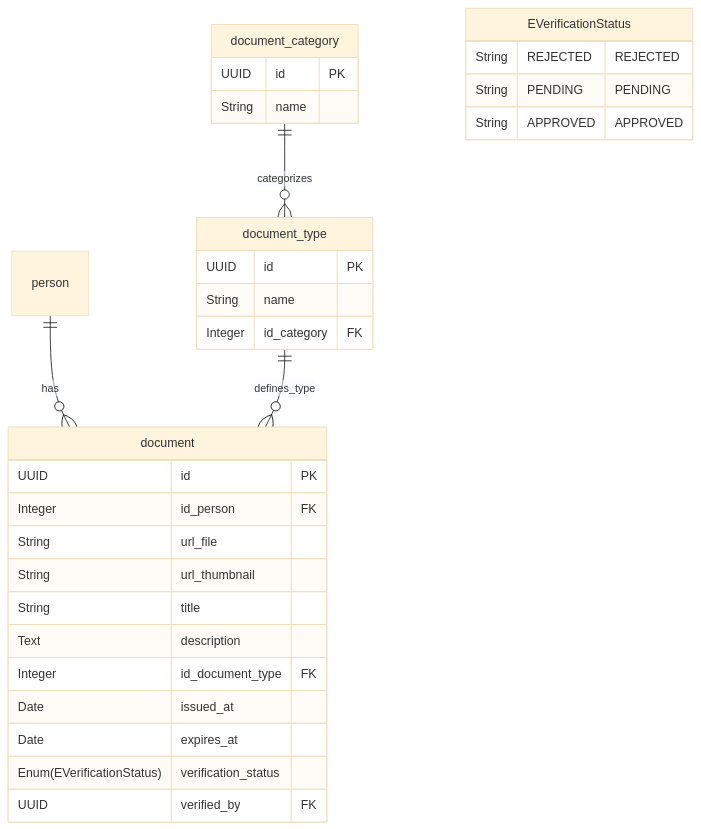
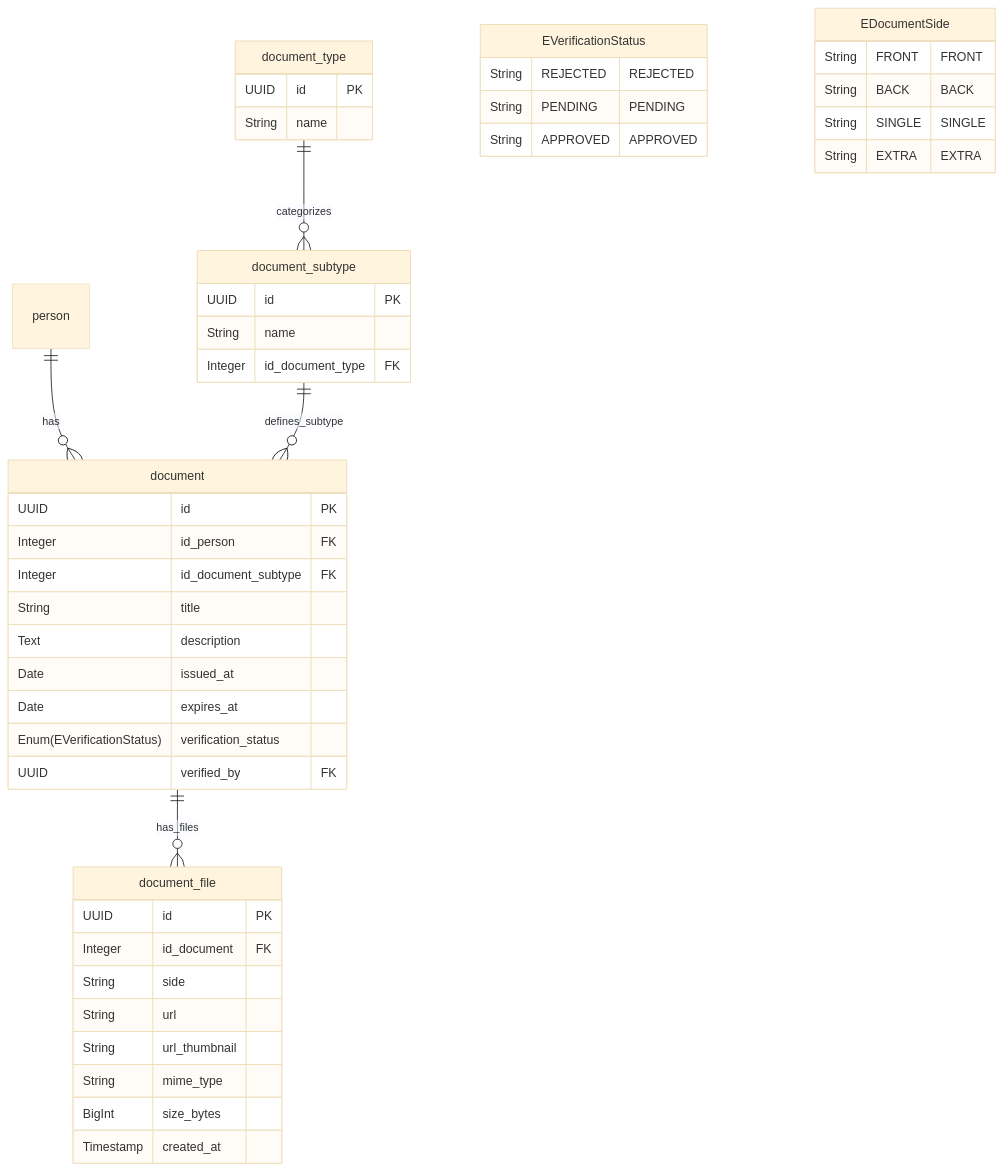
Before and after one commit to m4ck-y/dh_docs: the diagram in db/postgres/expedient/erd.mmd, drawn with Mermaid (base theme). The commit also changed 18 other files, not shown here.

```diff
--- a/db/postgres/expedient/erd.mmd
+++ b/db/postgres/expedient/erd.mmd
@@ -1,52 +1,96 @@
 erDiagram
     %% EXPEDIENT SCHEMA
     %% Catalogo de documentos e identificadores
 
     %% REFERENCIAS EXTERNAS
     %% person: definida en schema people
 
+    %% CONVENCION: SUBTIPO GENERICO
+    %% Todo document siempre apunta a un document_subtype, nunca al type directamente.
+    %% Para tipos sin variantes significativas (CURP, CSF) se crea un subtype con el mismo nombre que el type.
+    %% Ejemplo: type "Comprobante de Domicilio" tiene un unico subtype "Comprobante de Domicilio".
+    %% Esto mantiene el modelo uniforme: id_document_subtype nunca es null, el JOIN siempre es igual.
+
+    %% EJEMPLOS DE REGISTROS
+    %% document_type: type-001 "Identificacion Oficial", type-002 "Medico", type-003 "Fiscal", type-004 "Comprobante de Domicilio"
+    %% document_subtype: subtype-ine INE type-001, subtype-passport Pasaporte type-001, subtype-medical-hist "Historia Medica" type-002, subtype-csf CSF type-003
+    %% document_subtype (genericos): subtype-proof-addr "Comprobante de Domicilio" type-004 (unico subtype del tipo, mismo nombre)
+    %% document: doc-001 per-100 subtype-ine "INE Juan" issued 2020-05-10 expires 2030-05-10 APPROVED usr-admin
+    %% document: doc-002 per-100 subtype-proof-addr "CFE Marzo" issued 2026-03-01 expires null PENDING null
+    %% document: doc-003 per-200 subtype-medical-hist "Historial" issued 2025-12-01 expires null APPROVED usr-admin
+    %% document_file: file-001 doc-001 FRONT cdn/ine/front.jpg thumb cdn/ine/front_t.jpg image/jpeg 245678
+    %% document_file: file-002 doc-001 BACK cdn/ine/back.jpg thumb cdn/ine/back_t.jpg image/jpeg 198432
+    %% document_file: file-003 doc-002 SINGLE cdn/cfe/mar.pdf thumb null application/pdf 512000
+    %% document_file: file-004 doc-003 EXTRA cdn/med/labs.pdf thumb null application/pdf 320000
+    %% document_file: file-005 doc-003 EXTRA cdn/med/rx.jpg thumb cdn/med/rx_t.jpg image/jpeg 150000
+
     %% RELACIONES
     person ||--o{ document : "has"
-    document_category ||--o{ document_type : "categorizes"
-    document_type ||--o{ document : "defines_type"
+    document_type ||--o{ document_subtype : "categorizes"
+    document_subtype ||--o{ document : "defines_subtype"
+    document ||--o{ document_file : "has_files"
 
     %% ENUMS
     %% EVerificationStatus: estado de verificacion (REJECTED, PENDING, APPROVED)
     EVerificationStatus {
         String REJECTED "REJECTED"
         String PENDING "PENDING"
         String APPROVED "APPROVED"
     }
 
+    %% EDocumentSide: lado o variante del archivo fisico
+    %% FRONT: frente (ej. INE cara delantera)
+    %% BACK: reverso (ej. INE cara trasera)
+    %% SINGLE: documento de una sola cara (ej. PDF comprobante domicilio)
+    %% EXTRA: anexos multiples sin cara definida (ej. estudios medicos)
+    EDocumentSide {
+        String FRONT "FRONT"
+        String BACK "BACK"
+        String SINGLE "SINGLE"
+        String EXTRA "EXTRA"
+    }
+
     %% ENTIDADES
-    %% document: documentos de identificacion y archivos
+    %% document_type: tipo raiz de documento (ej. Identificacion Oficial, Medico, Fiscal)
+    document_type {
+        UUID id PK
+        String name
+    }
+
+    %% document_subtype: subtipo especifico dentro de un tipo (ej. INE, Pasaporte, Historia Medica)
+    %% Para tipos sin variantes, se crea un subtype con el mismo nombre (subtype generico).
+    %% id_document_type: FK al tipo raiz
+    document_subtype {
+        UUID id PK
+        String name
+        Integer id_document_type FK
+    }
+
+    %% document: instancia de un documento perteneciente a una persona
     %% verification_status: estado de verificacion del documento
     %% verified_by: usuario que verifico (FK a user o null)
     document {
         UUID id PK
         Integer id_person FK
-        String url_file
-        String url_thumbnail
+        Integer id_document_subtype FK
         String title
         Text description
-        Integer id_document_type FK
         Date issued_at
         Date expires_at
         Enum(EVerificationStatus) verification_status
         UUID verified_by FK
     }
 
-    %% document_type: catalogo de tipos de documento
-    %% id_category: categoria del tipo (FK a document_category)
-    document_type {
+    %% document_file: archivos fisicos asociados a un documento
+    %% side: FRONT | BACK | SINGLE | EXTRA
+    %% url_thumbnail: nullable, no todos los tipos generan thumbnail
+    document_file {
         UUID id PK
-        String name
-        Integer id_category FK
+        Integer id_document FK
+        String side
+        String url
+        String url_thumbnail
+        String mime_type
+        BigInt size_bytes
+        Timestamp created_at
     }
-
-    %% document_category: categorias de documentos
-    %% Ejemplo: Identificacion, Educacion, Medico, Laboral, Fiscal
-    document_category {
-        UUID id PK
-        String name
-    }
```
